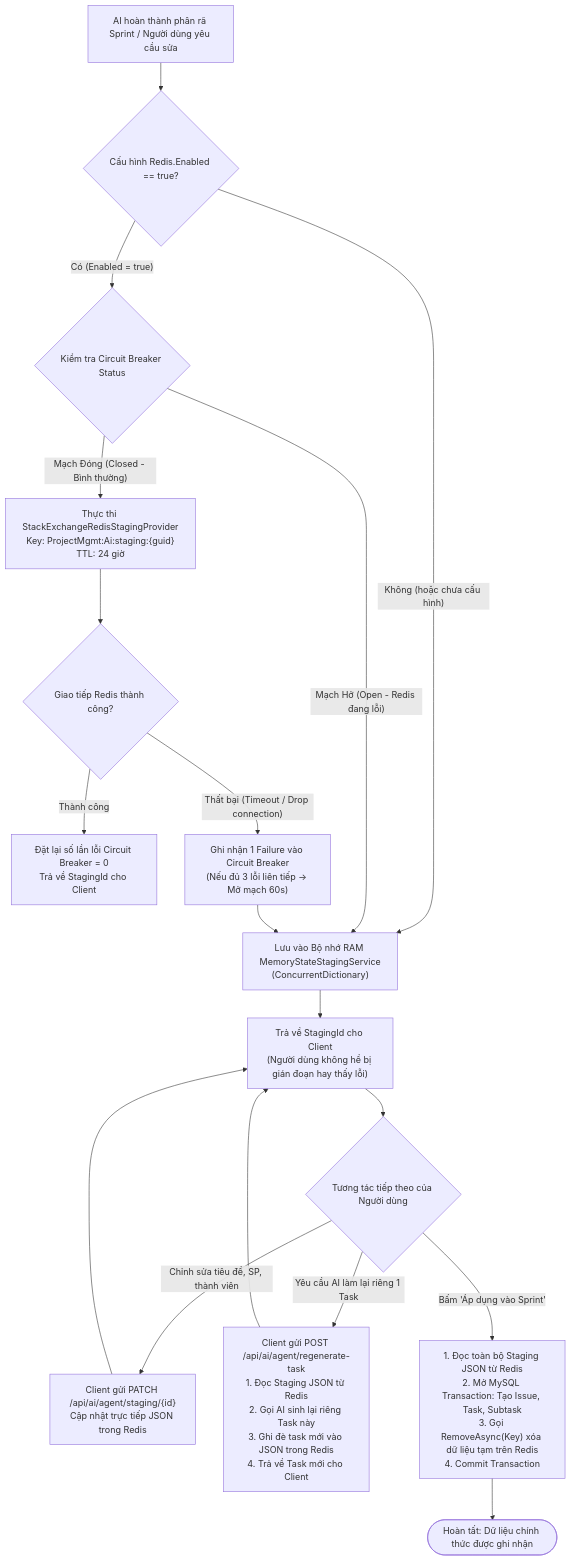
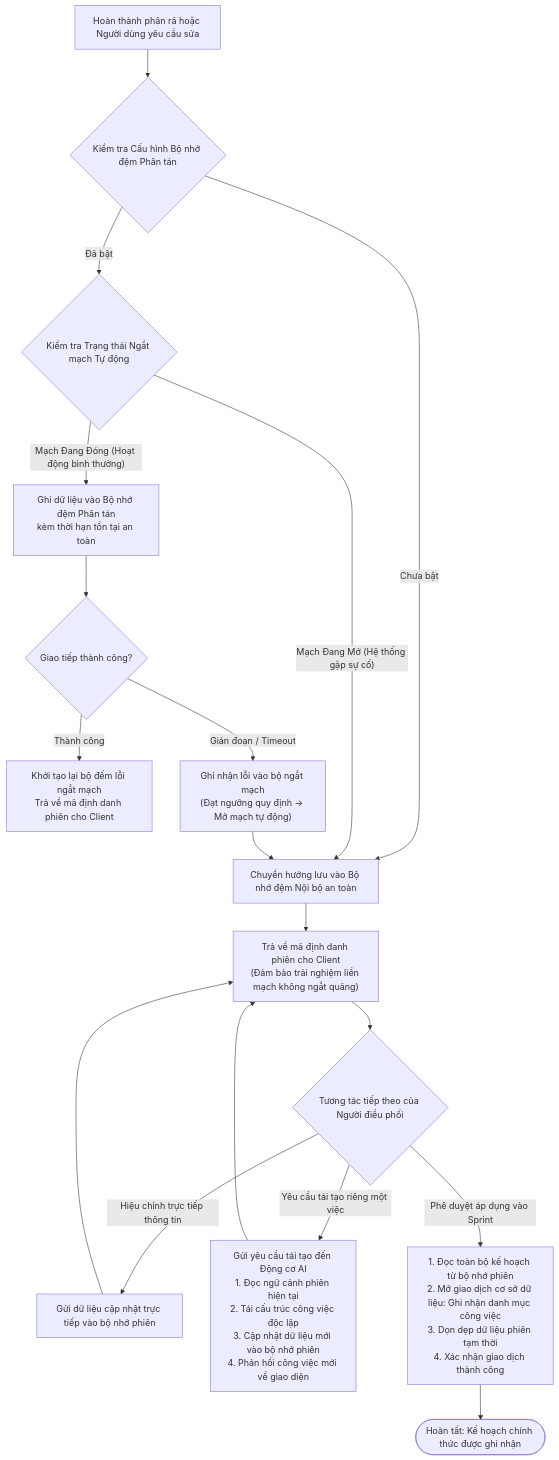
Before and after one commit to TranHoang2k40525/ProjectMgmt: the second of 2 diagrams in docs/ai/03-co-che-tri-nho-redis-memory.md, drawn with Mermaid. The commit also changed other lines of this file and 6 other files, not shown here.

Commit message:
docs(ai): sanitize diagrams to architectural naming convention without code files, tech or method leakage

````diff
--- a/docs/ai/03-co-che-tri-nho-redis-memory.md
+++ b/docs/ai/03-co-che-tri-nho-redis-memory.md
@@ -53,29 +53,29 @@
 ```mermaid
 flowchart TD
-    StartInput["AI hoàn thành phân rã Sprint / Người dùng yêu cầu sửa"] --> CheckRedisConfig{"Cấu hình Redis.Enabled == true?"}
+    StartInput["Hoàn thành phân rã hoặc Người dùng yêu cầu sửa"] --> CheckConfig{"Kiểm tra Cấu hình Bộ nhớ đệm Phân tán"}
 
-    CheckRedisConfig -- "Không (hoặc chưa cấu hình)" --> MemoryFallback["Lưu vào Bộ nhớ RAM MemoryStateStagingService\n(ConcurrentDictionary)"]
-    CheckRedisConfig -- "Có (Enabled = true)" --> CheckCircuit{"Kiểm tra Circuit Breaker Status"}
+    CheckConfig -- "Chưa bật" --> MemoryFallback["Chuyển hướng lưu vào Bộ nhớ đệm Nội bộ an toàn"]
+    CheckConfig -- "Đã bật" --> CheckCircuit{"Kiểm tra Trạng thái Ngắt mạch Tự động"}
 
-    CheckCircuit -- "Mạch Hở (Open - Redis đang lỗi)" --> MemoryFallback
-    CheckCircuit -- "Mạch Đóng (Closed - Bình thường)" --> TryRedis["Thực thi StackExchangeRedisStagingProvider\nKey: ProjectMgmt:Ai:staging:{guid}\nTTL: 24 giờ"]
+    CheckCircuit -- "Mạch Đang Mở (Hệ thống gặp sự cố)" --> MemoryFallback
+    CheckCircuit -- "Mạch Đang Đóng (Hoạt động bình thường)" --> TryDistributed["Ghi dữ liệu vào Bộ nhớ đệm Phân tán\nkèm thời hạn tồn tại an toàn"]
 
-    TryRedis --> RedisResult{"Giao tiếp Redis thành công?"}
-    RedisResult -- "Thành công" --> ResetFailures["Đặt lại số lần lỗi Circuit Breaker = 0\nTrả về StagingId cho Client"]
-    RedisResult -- "Thất bại (Timeout / Drop connection)" --> RecordFailure["Ghi nhận 1 Failure vào Circuit Breaker\n(Nếu đủ 3 lỗi liên tiếp -> Mở mạch 60s)"]
+    TryDistributed --> CheckResult{"Giao tiếp thành công?"}
+    CheckResult -- "Thành công" --> ResetFailures["Khởi tạo lại bộ đếm lỗi ngắt mạch\nTrả về mã định danh phiên cho Client"]
+    CheckResult -- "Gián đoạn / Timeout" --> RecordFailure["Ghi nhận lỗi vào bộ ngắt mạch\n(Đạt ngưỡng quy định -> Mở mạch tự động)"]
     RecordFailure --> MemoryFallback
 
-    MemoryFallback --> ReturnClient["Trả về StagingId cho Client\n(Người dùng không hề bị gián đoạn hay thấy lỗi)"]
+    MemoryFallback --> ReturnClient["Trả về mã định danh phiên cho Client\n(Đảm bảo trải nghiệm liền mạch không ngắt quãng)"]
 
-    ReturnClient --> UserAction{"Tương tác tiếp theo của Người dùng"}
+    ReturnClient --> UserAction{"Tương tác tiếp theo của Người điều phối"}
 
-    UserAction -- "Chỉnh sửa tiêu đề, SP, thành viên" --> PatchMemory["Client gửi PATCH /api/ai/agent/staging/{id}\nCập nhật trực tiếp JSON trong Redis"]
+    UserAction -- "Hiệu chỉnh trực tiếp thông tin" --> PatchMemory["Gửi dữ liệu cập nhật trực tiếp vào bộ nhớ phiên"]
     PatchMemory --> ReturnClient
 
-    UserAction -- "Yêu cầu AI làm lại riêng 1 Task" --> RegenTask["Client gửi POST /api/ai/agent/regenerate-task\n1. Đọc Staging JSON từ Redis\n2. Gọi AI sinh lại riêng Task này\n3. Ghi đè task mới vào JSON trong Redis\n4. Trả về Task mới cho Client"]
+    UserAction -- "Yêu cầu tái tạo riêng một việc" --> RegenTask["Gửi yêu cầu tái tạo đến Động cơ AI\n1. Đọc ngữ cảnh phiên hiện tại\n2. Tái cấu trúc công việc độc lập\n3. Cập nhật dữ liệu mới vào bộ nhớ phiên\n4. Phản hồi công việc mới về giao diện"]
     RegenTask --> ReturnClient
 
-    UserAction -- "Bấm 'Áp dụng vào Sprint'" --> CommitPhase["1. Đọc toàn bộ Staging JSON từ Redis\n2. Mở MySQL Transaction: Tạo Issue, Task, Subtask\n3. Gọi RemoveAsync(Key) xóa dữ liệu tạm trên Redis\n4. Commit Transaction"]
+    UserAction -- "Phê duyệt áp dụng vào Sprint" --> CommitPhase["1. Đọc toàn bộ kế hoạch từ bộ nhớ phiên\n2. Mở giao dịch cơ sở dữ liệu: Ghi nhận danh mục công việc\n3. Dọn dẹp dữ liệu phiên tạm thời\n4. Xác nhận giao dịch thành công"]
 
-    CommitPhase --> Done(["Hoàn tất: Dữ liệu chính thức được ghi nhận"])
+    CommitPhase --> Done(["Hoàn tất: Kế hoạch chính thức được ghi nhận"])
 ```
````
